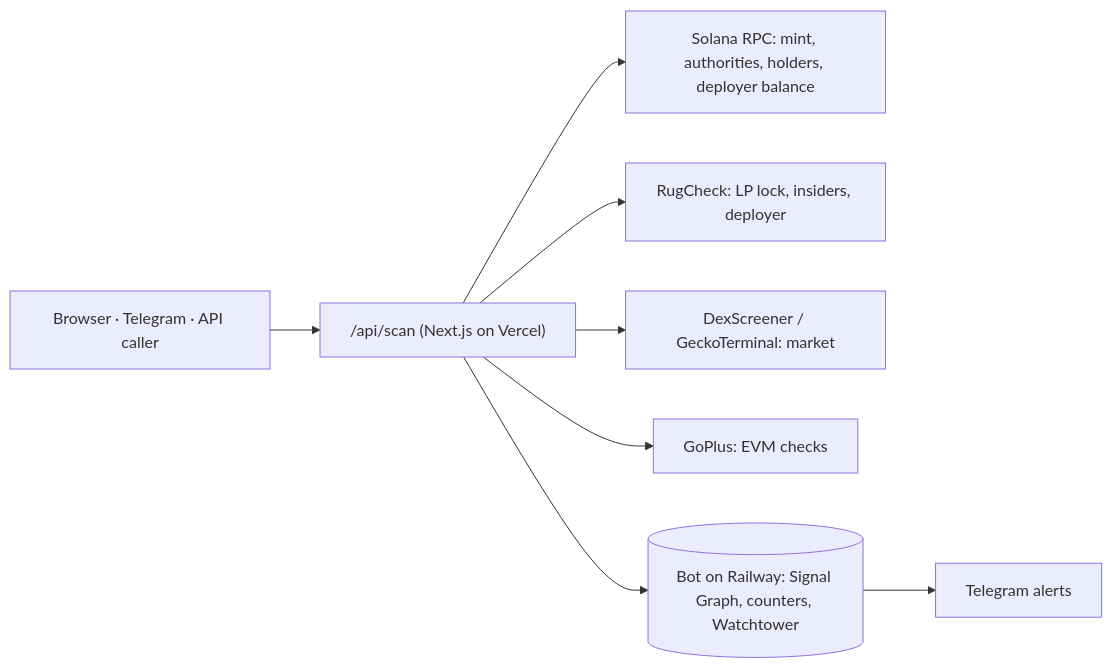
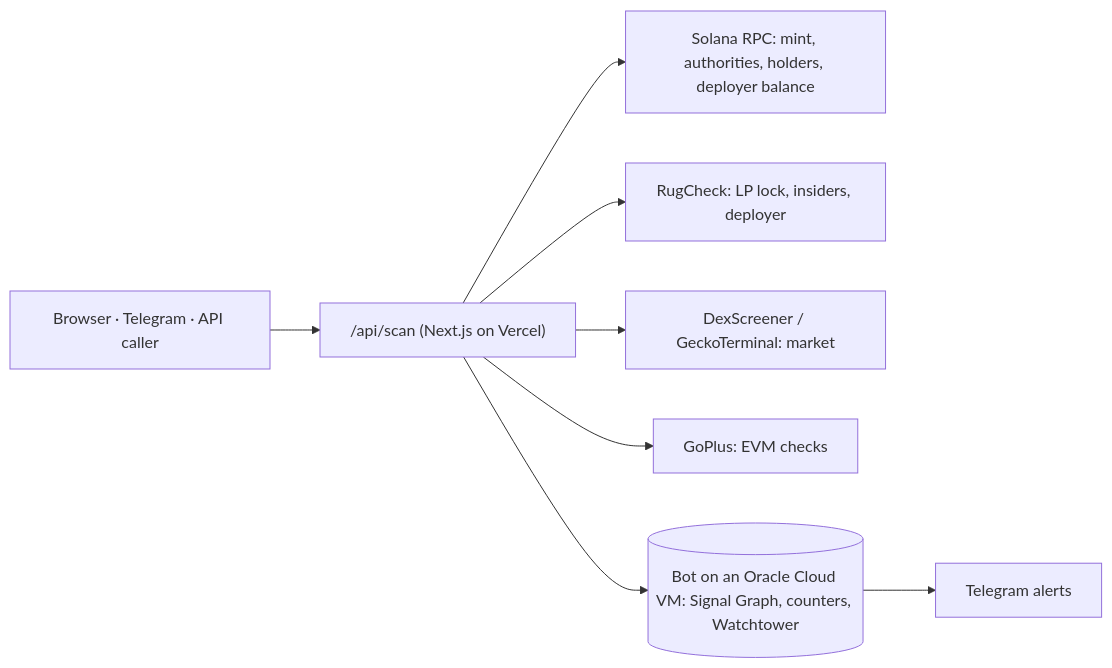
One commit to gl1tchbased-pixel/gl1tch-coin changed the diagram in README.md. Above: the diagram before and after it, drawn with Mermaid. The commit also changed other lines of this file and 18 other files, not shown here.

````diff
--- a/README.md
+++ b/README.md
@@ -68,10 +68,10 @@
 ```mermaid
 flowchart LR
   U[Browser · Telegram · API caller] --> S["/api/scan (Next.js on Vercel)"]
   S --> RPC[Solana RPC: mint, authorities, holders, deployer balance]
   S --> RC[RugCheck: LP lock, insiders, deployer]
   S --> MK[DexScreener / GeckoTerminal: market]
   S --> GP[GoPlus: EVM checks]
-  S --> BOT[(Bot on Railway: Signal Graph, counters, Watchtower)]
+  S --> BOT[(Bot on an Oracle Cloud VM: Signal Graph, counters, Watchtower)]
   BOT --> TG[Telegram alerts]
 ```
````
